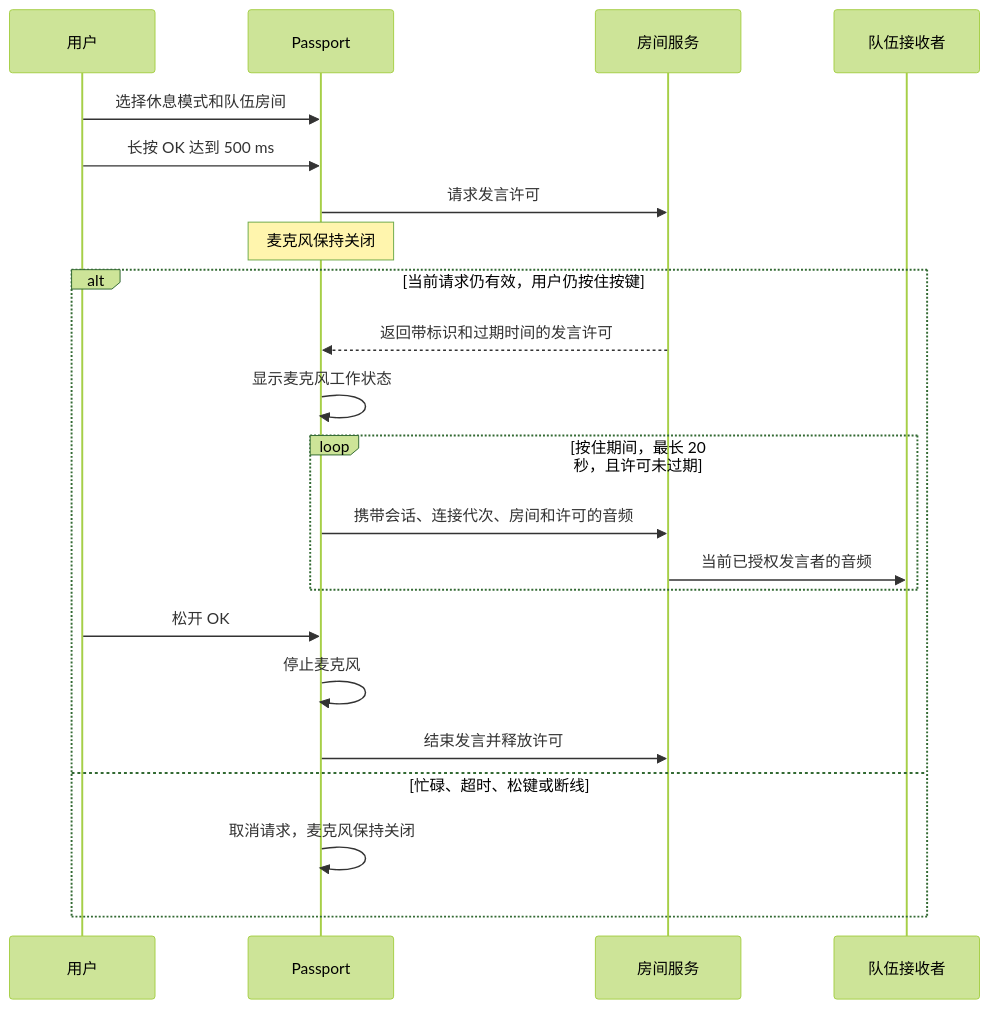
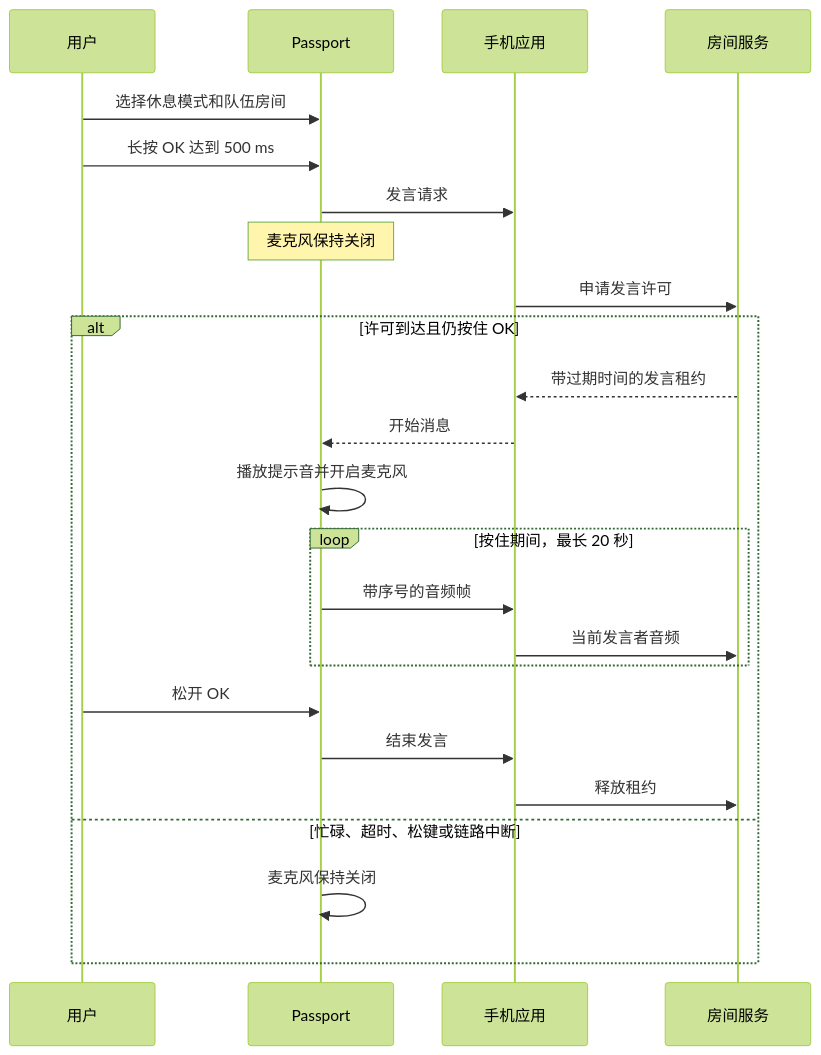
The third of 3 diagrams in 需求文件夹/02-architecture.zh_CN.md (Azuresword/Heygo-AiPassport), drawn with Mermaid (forest theme) before and after one commit. The commit also changed other lines of this file and 13 other files, not shown here.

````diff
--- a/需求文件夹/02-architecture.zh_CN.md
+++ b/需求文件夹/02-architecture.zh_CN.md
@@ -438,24 +447,26 @@
 ```mermaid
 sequenceDiagram
     participant U as 用户
     participant P as Passport
+    participant A as 手机应用
     participant R as 房间服务
-    participant T as 队伍接收者
     U->>P: 选择休息模式和队伍房间
     U->>P: 长按 OK 达到 500 ms
-    P->>R: 请求发言许可
+    P->>A: 发言请求
     Note over P: 麦克风保持关闭
-    alt 当前请求仍有效，用户仍按住按键
-        R-->>P: 返回带标识和过期时间的发言许可
-        P->>P: 显示麦克风工作状态
-        loop 按住期间，最长 20 秒，且许可未过期
-            P->>R: 携带会话、连接代次、房间和许可的音频
-            R->>T: 当前已授权发言者的音频
+    A->>R: 申请发言许可
+    alt 许可到达且仍按住 OK
+        R-->>A: 带过期时间的发言租约
+        A-->>P: 开始消息
+        P->>P: 播放提示音并开启麦克风
+        loop 按住期间，最长 20 秒
+            P->>A: 带序号的音频帧
+            A->>R: 当前发言者音频
         end
         U->>P: 松开 OK
-        P->>P: 停止麦克风
-        P->>R: 结束发言并释放许可
-    else 忙碌、超时、松键或断线
-        P->>P: 取消请求，麦克风保持关闭
+        P->>A: 结束发言
+        A->>R: 释放租约
+    else 忙碌、超时、松键或链路中断
+        P->>P: 麦克风保持关闭
     end
 ```
````
